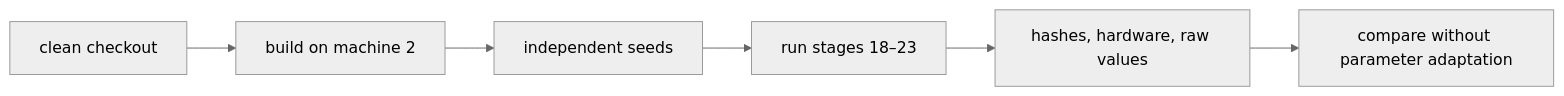
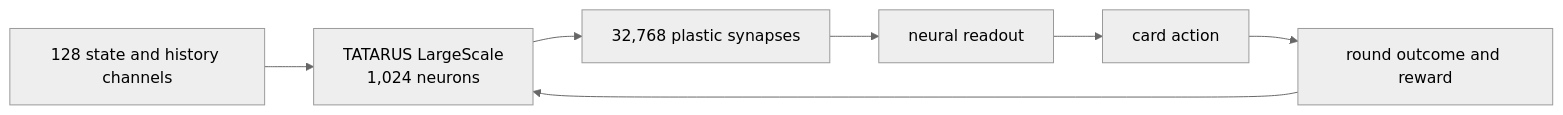
Before and after one commit to kruemmel-python/TATARUS: diagram 11 of 11 in Whitepaper.md, drawn with Mermaid (neutral theme). The commit also changed other lines of this file and 1 other file, not shown here.

````diff
--- a/Whitepaper.md
+++ b/Whitepaper.md
@@ -1070,8 +1018,9 @@
 ```mermaid
 flowchart LR
-    C["clean checkout"] --> B["build on machine 2"]
-    B --> S["independent seeds"]
-    S --> R["run stages 18–23"]
-    R --> H["hashes, hardware, raw values"]
-    H --> V["compare without parameter adaptation"]
+    O["128 state and history channels"] --> N["TATARUS LargeScale\n1,024 neurons"]
+    N --> S["32,768 plastic synapses"]
+    S --> R["neural readout"]
+    R --> A["card action"]
+    A --> E["round outcome and reward"]
+    E --> N
 ```
````
